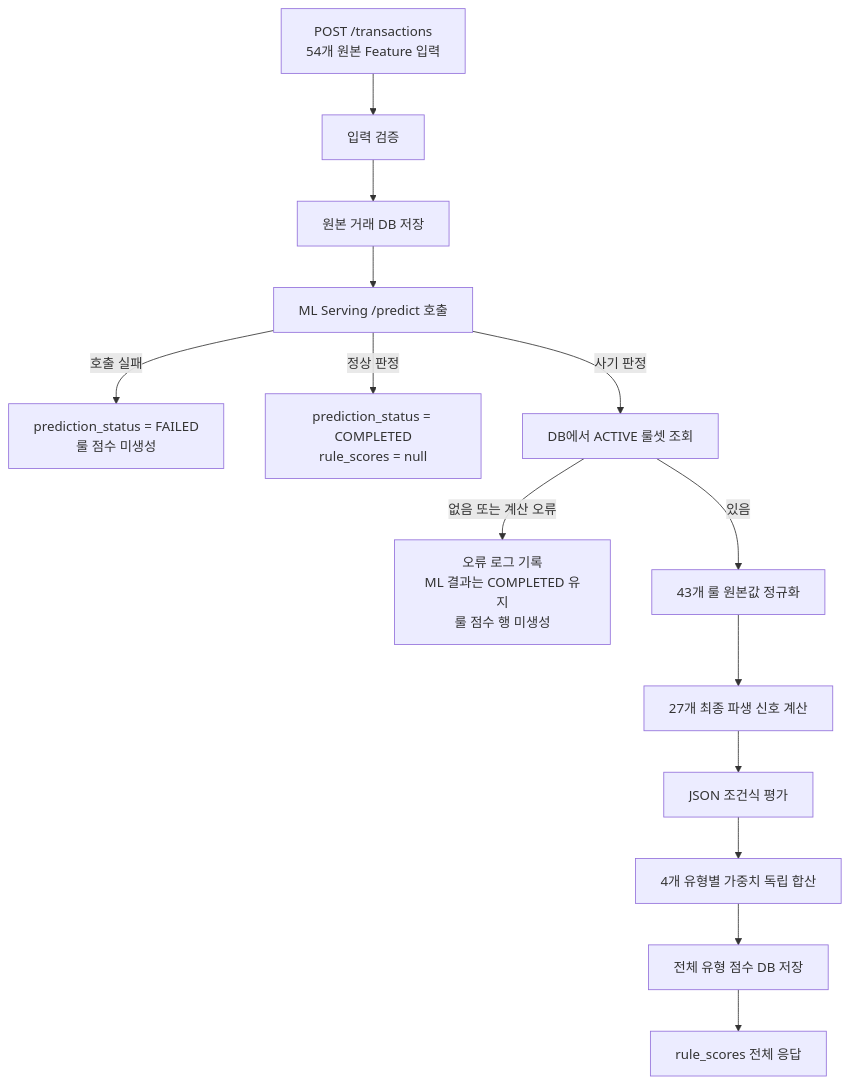
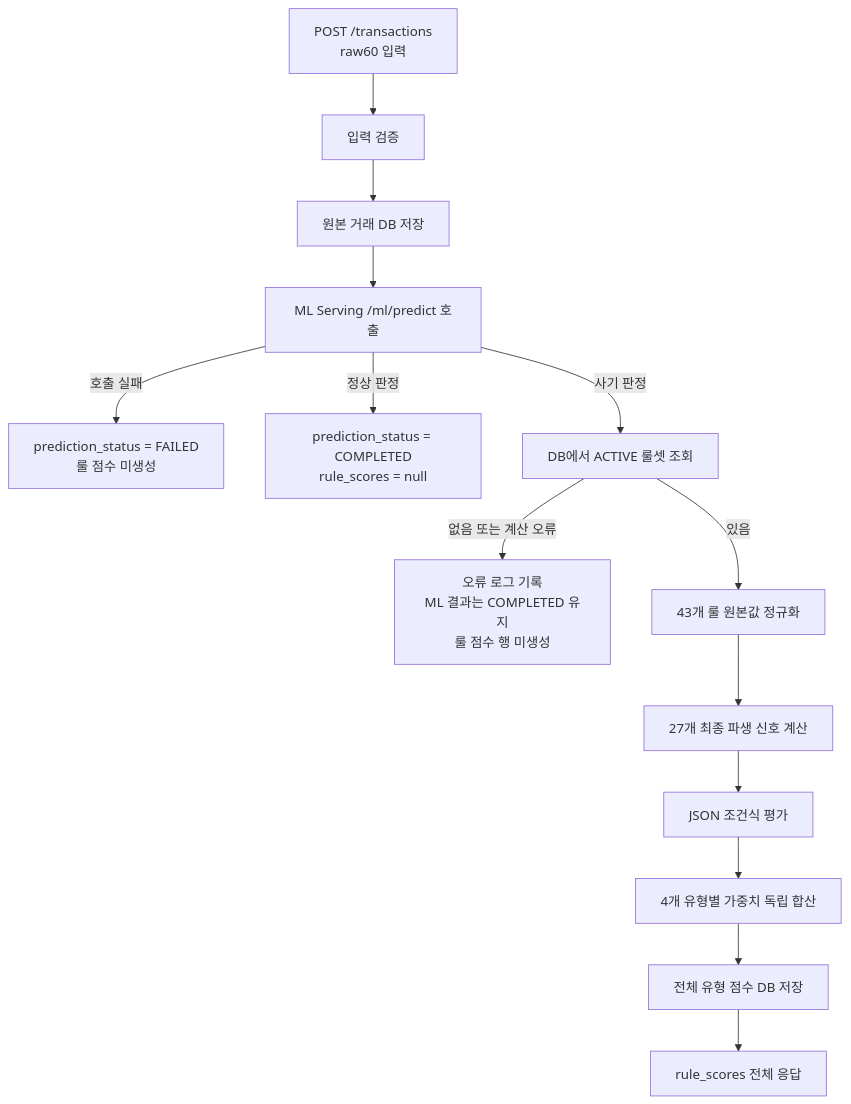
The diagram in docs/fraud-rule-scoring.md (RunningMachine5/backend), drawn with Mermaid before and after one commit. The commit also changed other lines of this file and 9 other files, not shown here.

````diff
--- a/docs/fraud-rule-scoring.md
+++ b/docs/fraud-rule-scoring.md
@@ -16,18 +16,18 @@
 ```mermaid
 flowchart TD
-    A["POST /transactions<br/>54개 원본 Feature 입력"] --> B["입력 검증"]
+    A["POST /transactions<br/>raw60 입력"] --> B["입력 검증"]
     B --> C["원본 거래 DB 저장"]
-    C --> D["ML Serving /predict 호출"]
+    C --> D["ML Serving /ml/predict 호출"]
 
     D -->|"호출 실패"| E["prediction_status = FAILED<br/>룰 점수 미생성"]
     D -->|"정상 판정"| F["prediction_status = COMPLETED<br/>rule_scores = null"]
     D -->|"사기 판정"| G["DB에서 ACTIVE 룰셋 조회"]
 
     G -->|"없음 또는 계산 오류"| H["오류 로그 기록<br/>ML 결과는 COMPLETED 유지<br/>룰 점수 행 미생성"]
     G -->|"있음"| I["43개 룰 원본값 정규화"]
     I --> J["27개 최종 파생 신호 계산"]
     J --> K["JSON 조건식 평가"]
     K --> L["4개 유형별 가중치 독립 합산"]
     L --> M["전체 유형 점수 DB 저장"]
     M --> N["rule_scores 전체 응답"]
 ```
````
